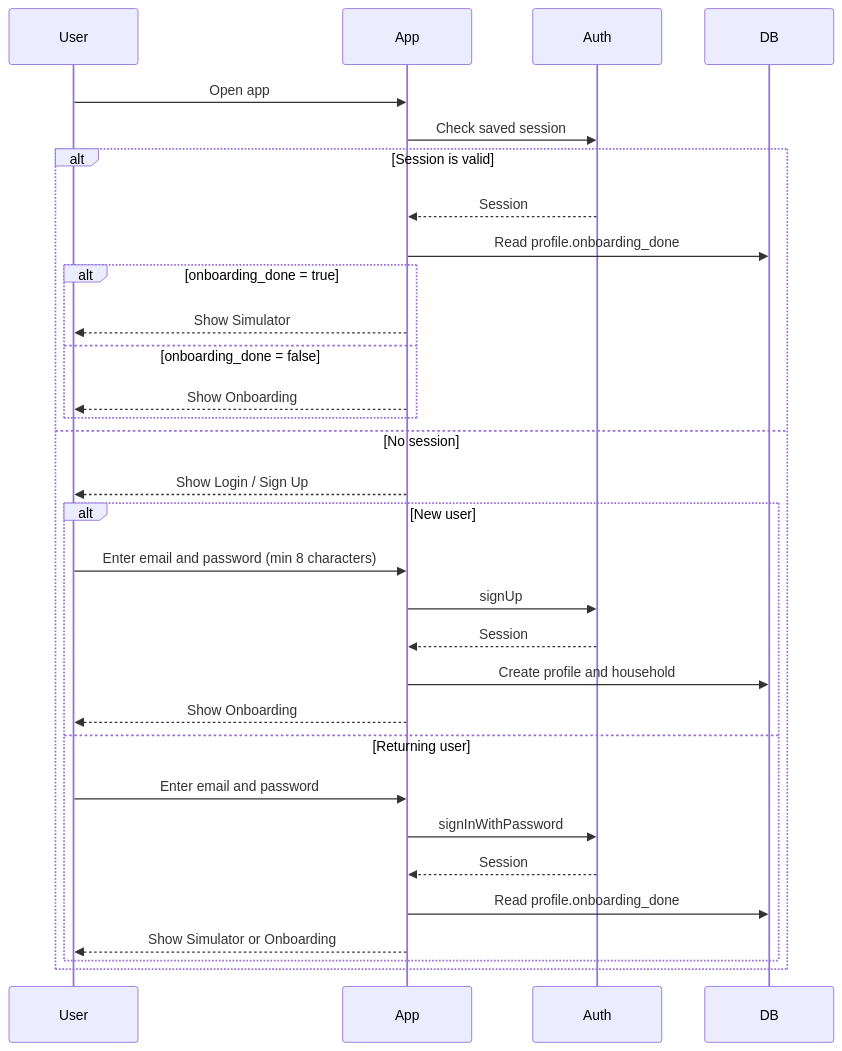
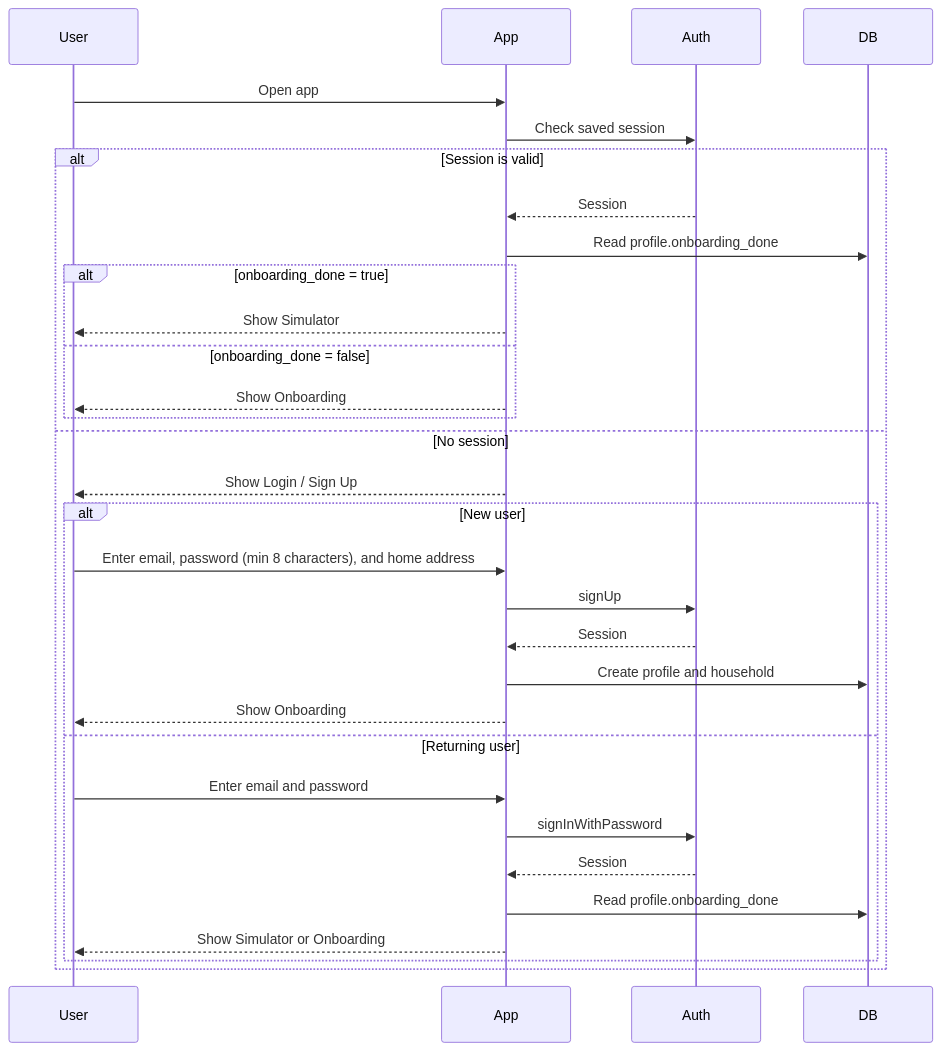
The second of 15 diagrams in docs/Workflow.md (HONGJIABAO/Simeplify), drawn with Mermaid before and after one commit. The commit also changed other lines of this file and 10 other files, not shown here.

````diff
--- a/docs/Workflow.md
+++ b/docs/Workflow.md
@@ -81,34 +84,34 @@
 ```mermaid
 sequenceDiagram
     participant User
     participant App
     participant Auth
     participant DB
 
     User->>App: Open app
     App->>Auth: Check saved session
     alt Session is valid
         Auth-->>App: Session
         App->>DB: Read profile.onboarding_done
         alt onboarding_done = true
             App-->>User: Show Simulator
         else onboarding_done = false
             App-->>User: Show Onboarding
         end
     else No session
         App-->>User: Show Login / Sign Up
         alt New user
-            User->>App: Enter email and password (min 8 characters)
+            User->>App: Enter email, password (min 8 characters), and home address
             App->>Auth: signUp
             Auth-->>App: Session
             App->>DB: Create profile and household
             App-->>User: Show Onboarding
         else Returning user
             User->>App: Enter email and password
             App->>Auth: signInWithPassword
             Auth-->>App: Session
             App->>DB: Read profile.onboarding_done
             App-->>User: Show Simulator or Onboarding
         end
     end
 ```
````
